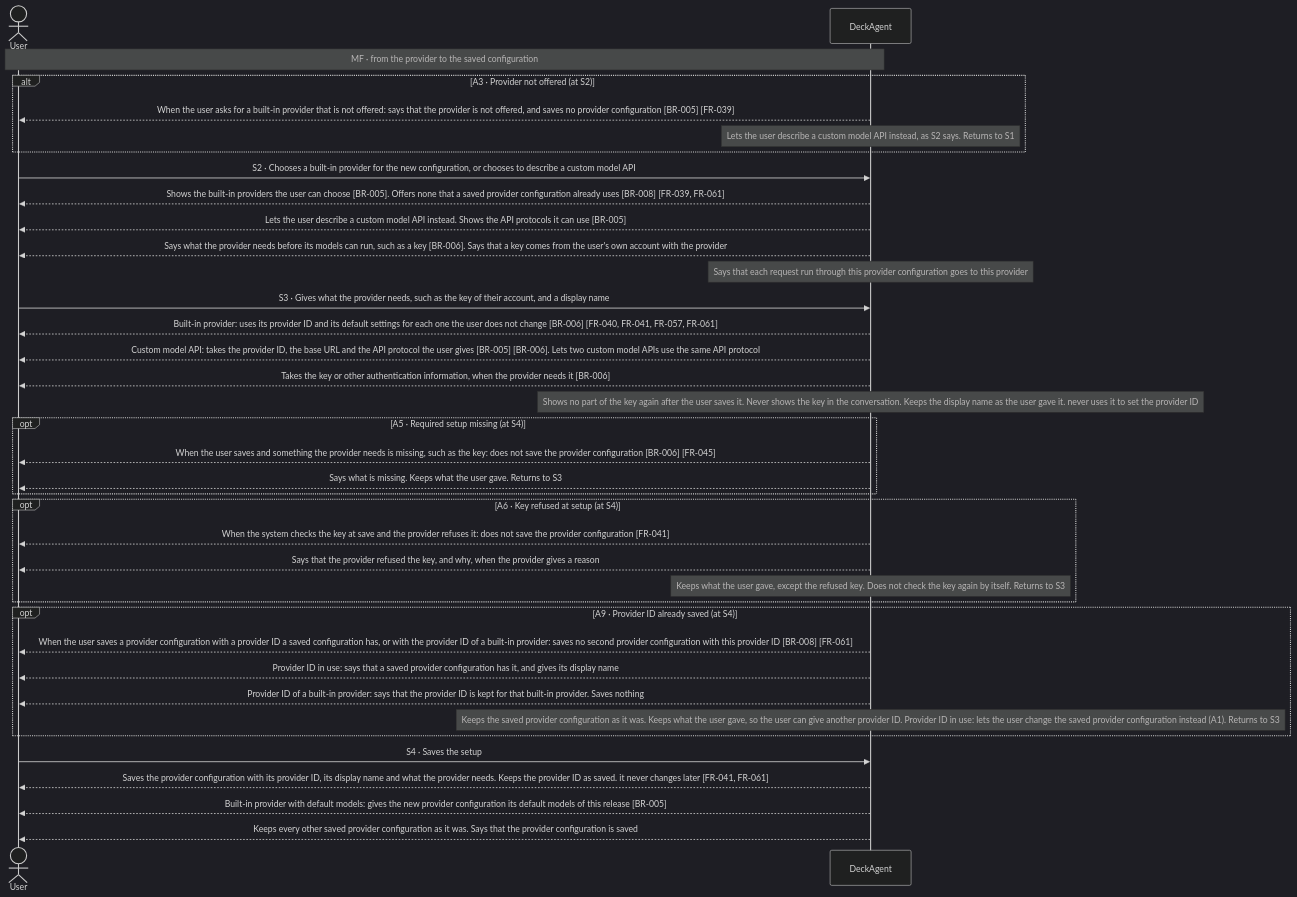
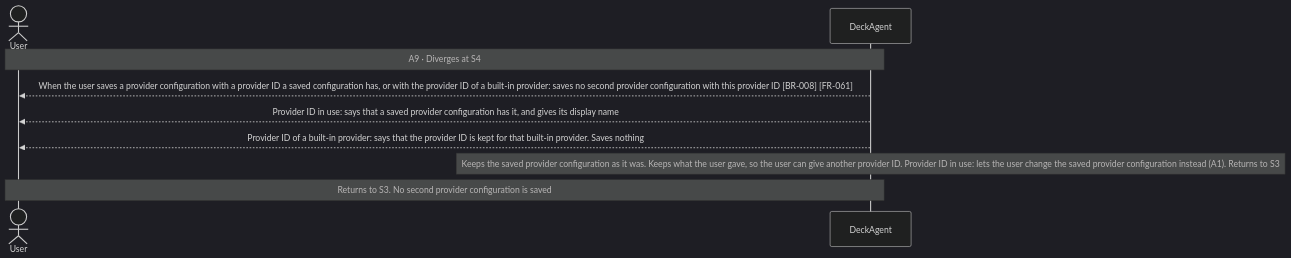
The tenth of 15 diagrams in docs/spec/03-use-cases/UC-005.md (Luke23127006/DeckAgent), drawn with Mermaid (dark theme) before and after one commit. The commit also changed other lines of this file and 25 other files, not shown here.

Commit message:
docs(spec): restructure use cases with main flow first

````diff
--- a/docs/spec/03-use-cases/UC-005.md
+++ b/docs/spec/03-use-cases/UC-005.md
@@ -111,39 +187,11 @@
 ```mermaid
 sequenceDiagram
     actor User
     participant DeckAgent
-    Note over User,DeckAgent: MF · from the provider to the saved configuration
-    alt A3 · Provider not offered (at S2)
-        DeckAgent-->>User: When the user asks for a built-in provider that is not offered: says that the provider is not offered, and saves no provider configuration [BR-005] [FR-039]
-        note over DeckAgent: Lets the user describe a custom model API instead, as S2 says. Returns to S1
-    end
-    User->>DeckAgent: S2 · Chooses a built-in provider for the new configuration, or chooses to describe a custom model API
-    DeckAgent-->>User: Shows the built-in providers the user can choose [BR-005]. Offers none that a saved provider configuration already uses [BR-008] [FR-039, FR-061]
-    DeckAgent-->>User: Lets the user describe a custom model API instead. Shows the API protocols it can use [BR-005]
-    DeckAgent-->>User: Says what the provider needs before its models can run, such as a key [BR-006]. Says that a key comes from the user's own account with the provider
-    note over DeckAgent: Says that each request run through this provider configuration goes to this provider
-    User->>DeckAgent: S3 · Gives what the provider needs, such as the key of their account, and a display name
-    DeckAgent-->>User: Built-in provider: uses its provider ID and its default settings for each one the user does not change [BR-006] [FR-040, FR-041, FR-057, FR-061]
-    DeckAgent-->>User: Custom model API: takes the provider ID, the base URL and the API protocol the user gives [BR-005] [BR-006]. Lets two custom model APIs use the same API protocol
-    DeckAgent-->>User: Takes the key or other authentication information, when the provider needs it [BR-006]
-    note over DeckAgent: Shows no part of the key again after the user saves it. Never shows the key in the conversation. Keeps the display name as the user gave it. never uses it to set the provider ID
-    opt A5 · Required setup missing (at S4)
-        DeckAgent-->>User: When the user saves and something the provider needs is missing, such as the key: does not save the provider configuration [BR-006] [FR-045]
-        DeckAgent-->>User: Says what is missing. Keeps what the user gave. Returns to S3
-    end
-    opt A6 · Key refused at setup (at S4)
-        DeckAgent-->>User: When the system checks the key at save and the provider refuses it: does not save the provider configuration [FR-041]
-        DeckAgent-->>User: Says that the provider refused the key, and why, when the provider gives a reason
-        note over DeckAgent: Keeps what the user gave, except the refused key. Does not check the key again by itself. Returns to S3
-    end
-    opt A9 · Provider ID already saved (at S4)
-        DeckAgent-->>User: When the user saves a provider configuration with a provider ID a saved configuration has, or with the provider ID of a built-in provider: saves no second provider configuration with this provider ID [BR-008] [FR-061]
-        DeckAgent-->>User: Provider ID in use: says that a saved provider configuration has it, and gives its display name
-        DeckAgent-->>User: Provider ID of a built-in provider: says that the provider ID is kept for that built-in provider. Saves nothing
-        note over DeckAgent: Keeps the saved provider configuration as it was. Keeps what the user gave, so the user can give another provider ID. Provider ID in use: lets the user change the saved provider configuration instead (A1). Returns to S3
-    end
-    User->>DeckAgent: S4 · Saves the setup
-    DeckAgent-->>User: Saves the provider configuration with its provider ID, its display name and what the provider needs. Keeps the provider ID as saved. it never changes later [FR-041, FR-061]
-    DeckAgent-->>User: Built-in provider with default models: gives the new provider configuration its default models of this release [BR-005]
-    DeckAgent-->>User: Keeps every other saved provider configuration as it was. Says that the provider configuration is saved
+    Note over User,DeckAgent: A9 · Diverges at S4
+    DeckAgent-->>User: When the user saves a provider configuration with a provider ID a saved configuration has, or with the provider ID of a built-in provider: saves no second provider configuration with this provider ID [BR-008] [FR-061]
+    DeckAgent-->>User: Provider ID in use: says that a saved provider configuration has it, and gives its display name
+    DeckAgent-->>User: Provider ID of a built-in provider: says that the provider ID is kept for that built-in provider. Saves nothing
+    note over DeckAgent: Keeps the saved provider configuration as it was. Keeps what the user gave, so the user can give another provider ID. Provider ID in use: lets the user change the saved provider configuration instead (A1). Returns to S3
+    Note over User,DeckAgent: Returns to S3. No second provider configuration is saved
 ```
````
